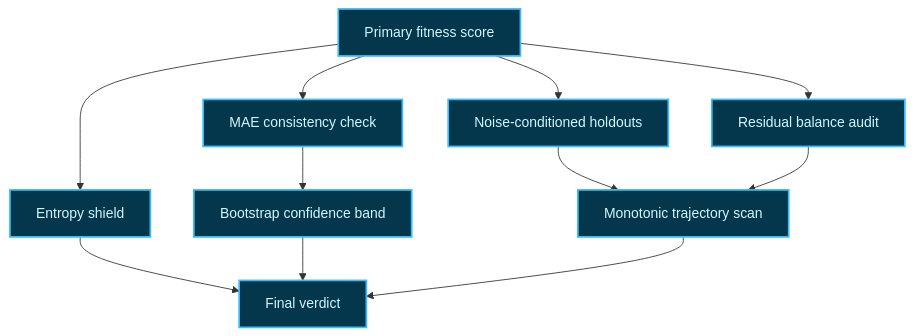
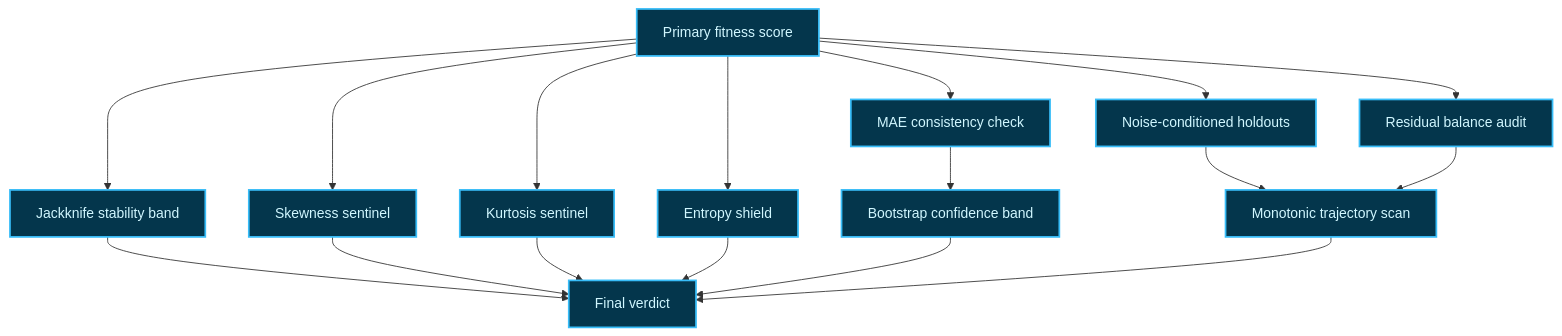
One commit to MontrealAI/AGIJobsv0 changed the second of 4 diagrams in demo/Meta-Agentic-Program-Synthesis-v0/README.md. Above: the diagram before and after it, drawn with Mermaid. The commit also changed other lines of this file and 11 other files, not shown here.

````diff
--- a/demo/Meta-Agentic-Program-Synthesis-v0/README.md
+++ b/demo/Meta-Agentic-Program-Synthesis-v0/README.md
@@ -36,15 +36,21 @@
 ```mermaid
 flowchart TD
     Primary[Primary fitness score] --> Residual[Residual balance audit]
     Primary --> Holdouts[Noise-conditioned holdouts]
     Primary --> MAE[MAE consistency check]
     Primary --> Entropy[Entropy shield]
+    Primary --> Jackknife[Jackknife stability band]
+    Primary --> Skewness[Skewness sentinel]
+    Primary --> Kurtosis[Kurtosis sentinel]
     MAE --> Bootstrap[Bootstrap confidence band]
     Holdouts --> Monotonic[Monotonic trajectory scan]
     Residual --> Monotonic
+    Jackknife --> Verdict
+    Skewness --> Verdict
+    Kurtosis --> Verdict
     Entropy --> Verdict
     Bootstrap --> Verdict[Final verdict]
     Monotonic --> Verdict
     classDef pass fill:#04364c,color:#d1f7ff,stroke:#38bdf8,stroke-width:2px
-    class Primary,Residual,Holdouts,MAE,Bootstrap,Monotonic,Entropy,Verdict pass
+    class Primary,Residual,Holdouts,MAE,Bootstrap,Monotonic,Entropy,Jackknife,Skewness,Kurtosis,Verdict pass
 ```
````
